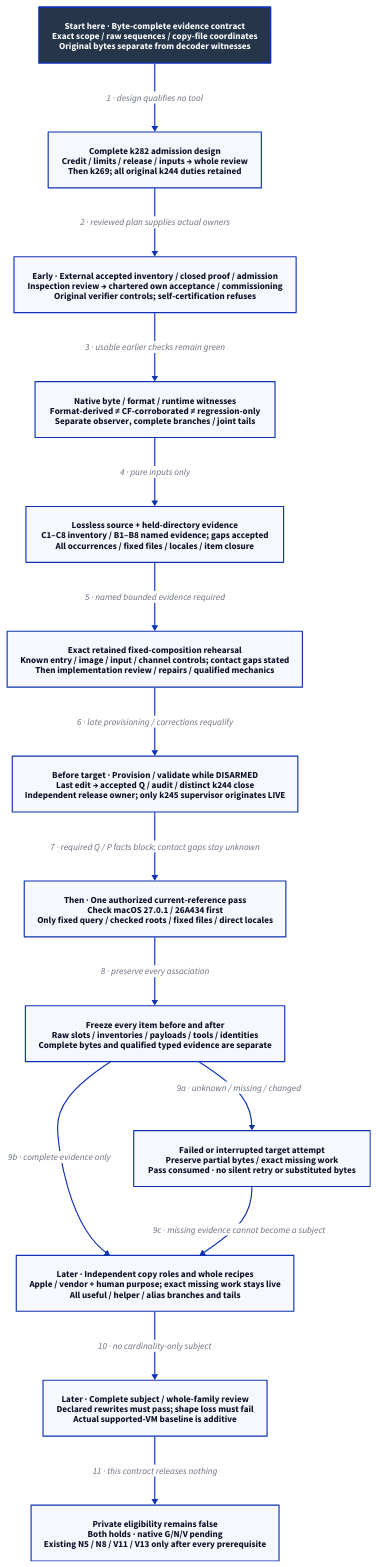
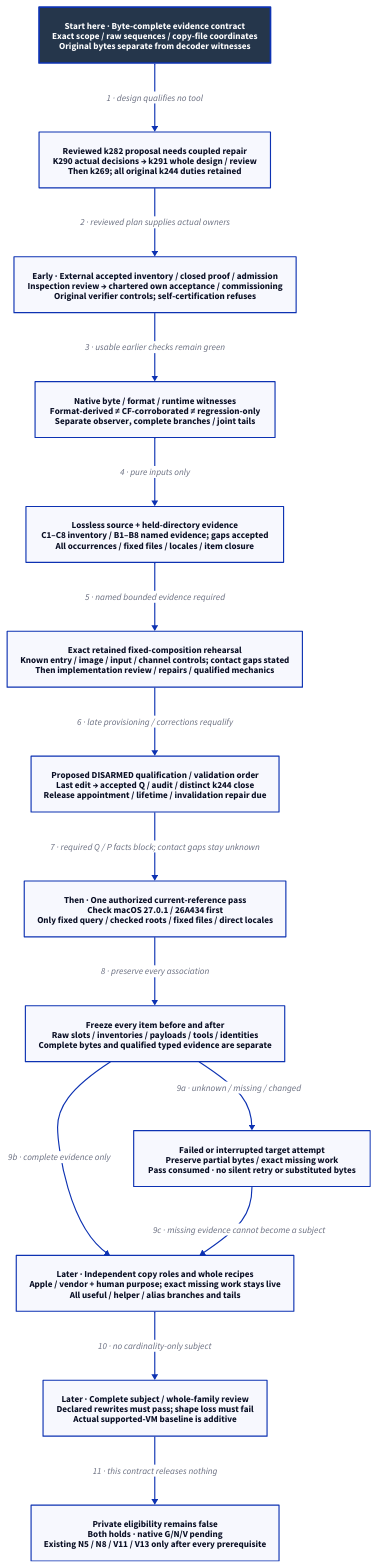
One commit to Linkuistics/Koine changed the diagram in docs/design/architecture/native-reference-evidence.d2. Above: the diagram before and after it, drawn with D2. The commit also changed 51 other files, not shown here.

Commit message:
Integrate admission review and queue bounded session-authority repair (reference-evidence-admission-completion-k289)

```diff
--- a/docs/design/architecture/native-reference-evidence.d2
+++ b/docs/design/architecture/native-reference-evidence.d2
@@ -1,31 +1,31 @@
 # Admission repair design; mandatory review and replanning precede unbuilt qualification.
 direction: down
 classes: {
   start: {style: {fill: "#25364B"; font-color: "#FFFFFF"; bold: true; stroke-width: 3}}
 }
 Start: "Start here · Byte-complete evidence contract\nExact scope / raw sequences / copy-file coordinates\nOriginal bytes separate from decoder witnesses" {class: start}
-Plan: "Complete k282 admission design\nCredit / limits / release / inputs → whole review\nThen k269; all original k244 duties retained"
+Plan: "Reviewed k282 proposal needs coupled repair\nK290 actual decisions → k291 whole design / review\nThen k269; all original k244 duties retained"
 Replay: "Early · External accepted inventory / closed proof / admission\nInspection review → chartered own acceptance / commissioning\nOriginal verifier controls; self-certification refuses"
 Decode: "Native byte / format / runtime witnesses\nFormat-derived ≠ CF-corroborated ≠ regression-only\nSeparate observer, complete branches / joint tails"
 Source: "Lossless source + held-directory evidence\nC1–C8 inventory / B1–B8 named evidence; gaps accepted\nAll occurrences / fixed files / locales / item closure"
 Pure: "Exact retained fixed-composition rehearsal\nKnown entry / image / input / channel controls; contact gaps stated\nThen implementation review / repairs / qualified mechanics"
-Authority: "Before target · Provision / validate while DISARMED\nLast edit → accepted Q / audit / distinct k244 close\nIndependent release owner; only k245 supervisor originates LIVE"
+Authority: "Proposed DISARMED qualification / validation order\nLast edit → accepted Q / audit / distinct k244 close\nRelease appointment / lifetime / invalidation repair due"
 Pass: "Then · One authorized current-reference pass\nCheck macOS 27.0.1 / 26A434 first\nOnly fixed query / checked roots / fixed files / direct locales"
 Closure: "Freeze every item before and after\nRaw slots / inventories / payloads / tools / identities\nComplete bytes and qualified typed evidence are separate"
 Failed: "Failed or interrupted target attempt\nPreserve partial bytes / exact missing work\nPass consumed · no silent retry or substituted bytes"
 Roles: "Later · Independent copy roles and whole recipes\nApple / vendor + human purpose; exact missing work stays live\nAll useful / helper / alias branches and tails"
 Review: "Later · Complete subject / whole-family review\nDeclared rewrites must pass; shape loss must fail\nActual supported-VM baseline is additive"
 Hold: "Private eligibility remains false\nBoth holds · native G/N/V pending\nExisting N5 / N8 / V11 / V13 only after every prerequisite"
 Start -> Plan: "1 · design qualifies no tool"
 Plan -> Replay: "2 · reviewed plan supplies actual owners"
 Replay -> Decode: "3 · usable earlier checks remain green"
 Decode -> Source: "4 · pure inputs only"
 Source -> Pure: "5 · named bounded evidence required"
 Pure -> Authority: "6 · late provisioning / corrections requalify"
 Authority -> Pass: "7 · required Q / P facts block; contact gaps stay unknown"
 Pass -> Closure: "8 · preserve every association"
 Closure -> Failed: "9a · unknown / missing / changed"
 Closure -> Roles: "9b · complete evidence only"
 Failed -> Roles: "9c · missing evidence cannot become a subject"
 Roles -> Review: "10 · no cardinality-only subject"
 Review -> Hold: "11 · this contract releases nothing"
```
